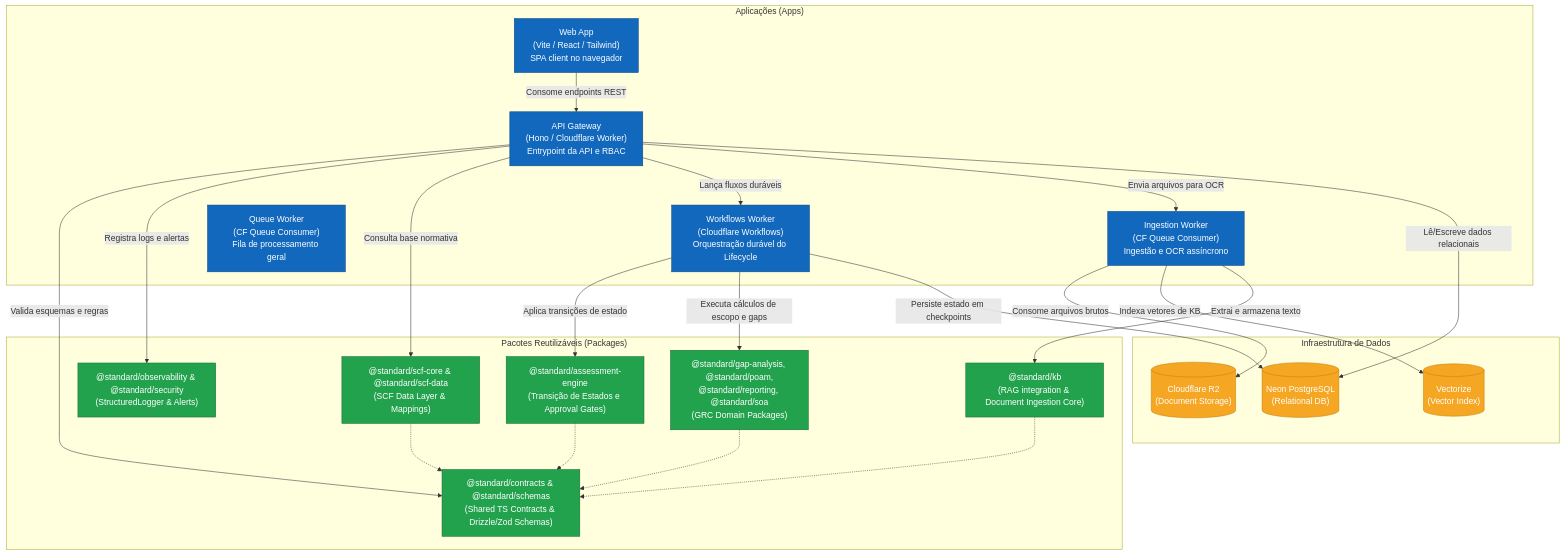
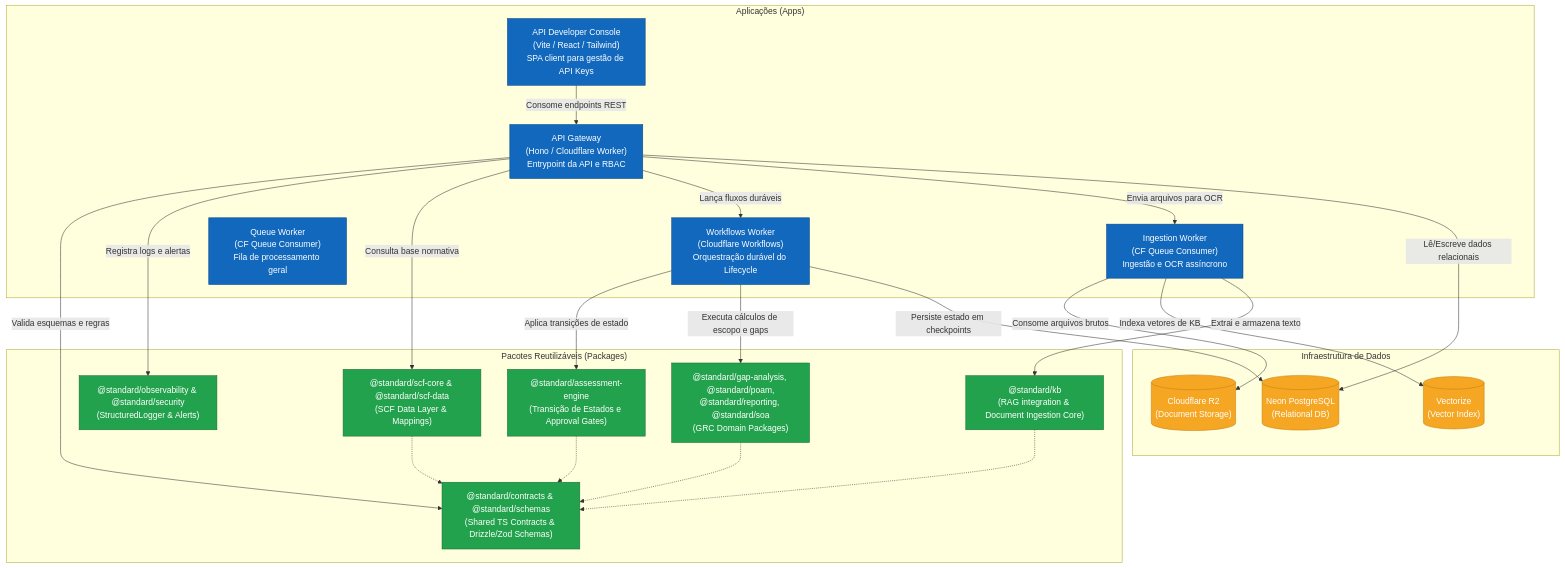
Before and after one commit to resper1965/standard-api: the second of 5 diagrams in docs/architecture/arc42.md, drawn with Mermaid. The commit also changed other lines of this file and 161 other files, not shown here.

````diff
--- a/docs/architecture/arc42.md
+++ b/docs/architecture/arc42.md
@@ -118,59 +119,59 @@
 ```mermaid
 graph TB
     subgraph apps["Aplicações (Apps)"]
-        web["Web App<br>(Vite / React / Tailwind)<br>SPA client no navegador"]
+        web["API Developer Console<br>(Vite / React / Tailwind)<br>SPA client para gestão de API Keys"]
         gateway["API Gateway<br>(Hono / Cloudflare Worker)<br>Entrypoint da API e RBAC"]
         wfWorker["Workflows Worker<br>(Cloudflare Workflows)<br>Orquestração durável do Lifecycle"]
         ingestionWorker["Ingestion Worker<br>(CF Queue Consumer)<br>Ingestão e OCR assíncrono"]
         queueWorker["Queue Worker<br>(CF Queue Consumer)<br>Fila de processamento geral"]
     end
 
     subgraph packages["Pacotes Reutilizáveis (Packages)"]
         contracts["@standard/contracts & @standard/schemas<br>(Shared TS Contracts & Drizzle/Zod Schemas)"]
         scf["@standard/scf-core & @standard/scf-data<br>(SCF Data Layer & Mappings)"]
         kb["@standard/kb<br>(RAG integration & Document Ingestion Core)"]
         engine["@standard/assessment-engine<br>(Transição de Estados e Approval Gates)"]
         grc["@standard/gap-analysis, @standard/poam,<br>@standard/reporting, @standard/soa<br>(GRC Domain Packages)"]
         obs["@standard/observability & @standard/security<br>(StructuredLogger & Alerts)"]
     end
 
     subgraph storage["Infraestrutura de Dados"]
         db[("Neon PostgreSQL<br>(Relational DB)")]
         r2[("Cloudflare R2<br>(Document Storage)")]
         vectorize[("Vectorize<br>(Vector Index)")]
     end
 
     %% Relações do Navegador
     web -->|"Consome endpoints REST"| gateway
 
     %% Relações do Gateway
     gateway -->|"Valida esquemas e regras"| contracts
     gateway -->|"Registra logs e alertas"| obs
     gateway -->|"Consulta base normativa"| scf
     gateway -->|"Lança fluxos duráveis"| wfWorker
     gateway -->|"Envia arquivos para OCR"| ingestionWorker
     gateway -->|"Lê/Escreve dados relacionais"| db
 
     %% Relações de Workers assíncronos
     ingestionWorker -->|"Consome arquivos brutos"| r2
     ingestionWorker -->|"Indexa vetores de KB"| vectorize
     ingestionWorker -->|"Extrai e armazena texto"| kb
 
     wfWorker -->|"Aplica transições de estado"| engine
     wfWorker -->|"Executa cálculos de escopo e gaps"| grc
     wfWorker -->|"Persiste estado em checkpoints"| db
 
     %% Dependências de Pacotes
     kb -.-> contracts
     scf -.-> contracts
     engine -.-> contracts
     grc -.-> contracts
 
     classDef container fill:#1168bd,stroke:#0b4884,color:#fff;
     classDef pkg fill:#23a24d,stroke:#176b32,color:#fff;
     classDef data fill:#f5a623,stroke:#c48011,color:#fff;
 
     class web,gateway,wfWorker,ingestionWorker,queueWorker container;
     class contracts,scf,kb,engine,grc,obs pkg;
     class db,r2,vectorize data;
 ```
````
